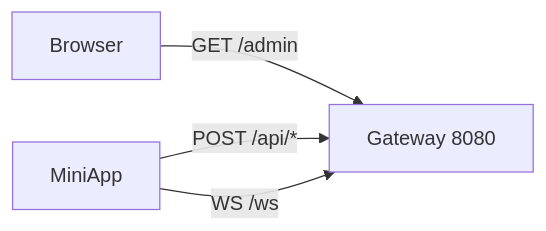
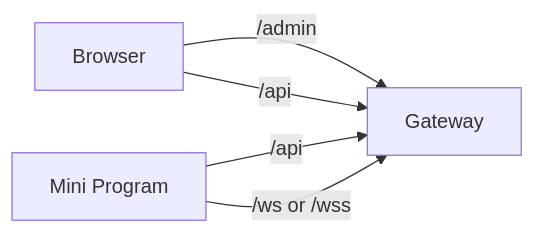
One commit to 24-Fahed/Live-Project changed the fourth of 6 diagrams in docs/docker-deployment.md. Above: the diagram before and after it, drawn with Mermaid. The commit also changed other lines of this file and 13 other files, not shown here.

````diff
--- a/docs/docker-deployment.md
+++ b/docs/docker-deployment.md
@@ -122,10 +155,11 @@
 ```mermaid
 flowchart LR
     Browser[Browser]
-    MiniApp[MiniApp]
-    Gateway[Gateway 8080]
+    MiniApp[Mini Program]
+    Gateway[Gateway]
 
-    Browser -->|GET /admin| Gateway
-    MiniApp -->|POST /api/*| Gateway
-    MiniApp -->|WS /ws| Gateway
+    Browser -->|/admin| Gateway
+    Browser -->|/api| Gateway
+    MiniApp -->|/api| Gateway
+    MiniApp -->|/ws or /wss| Gateway
 ```
````
